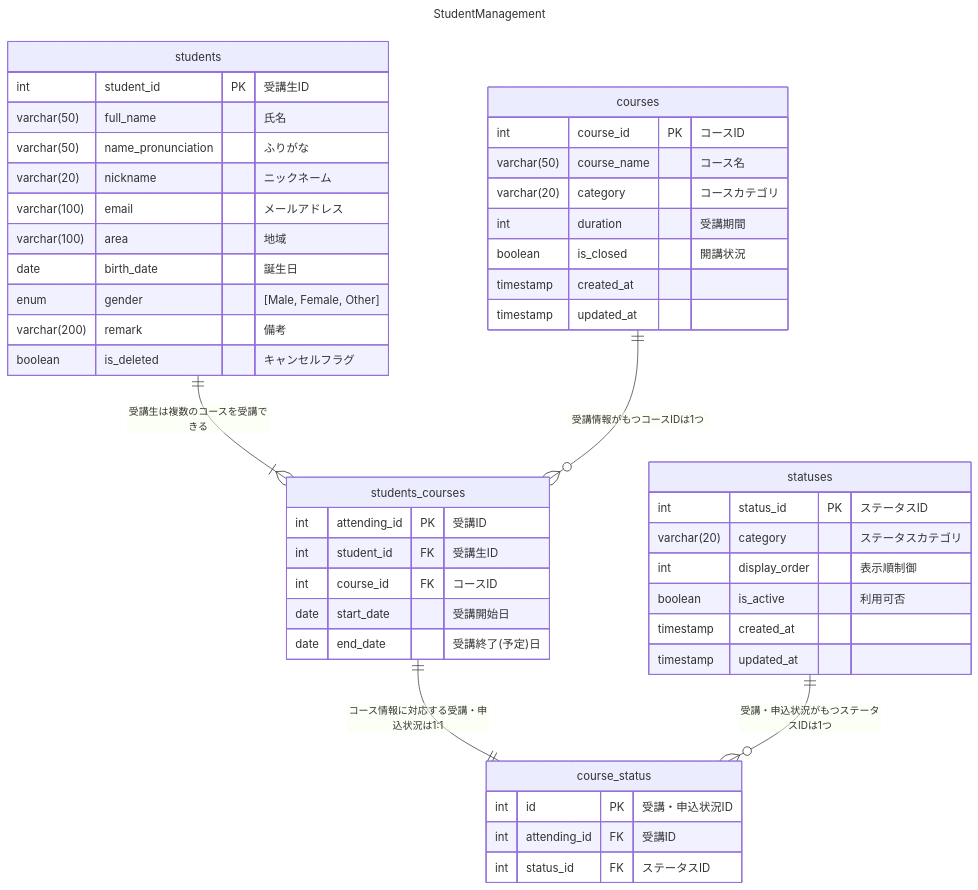
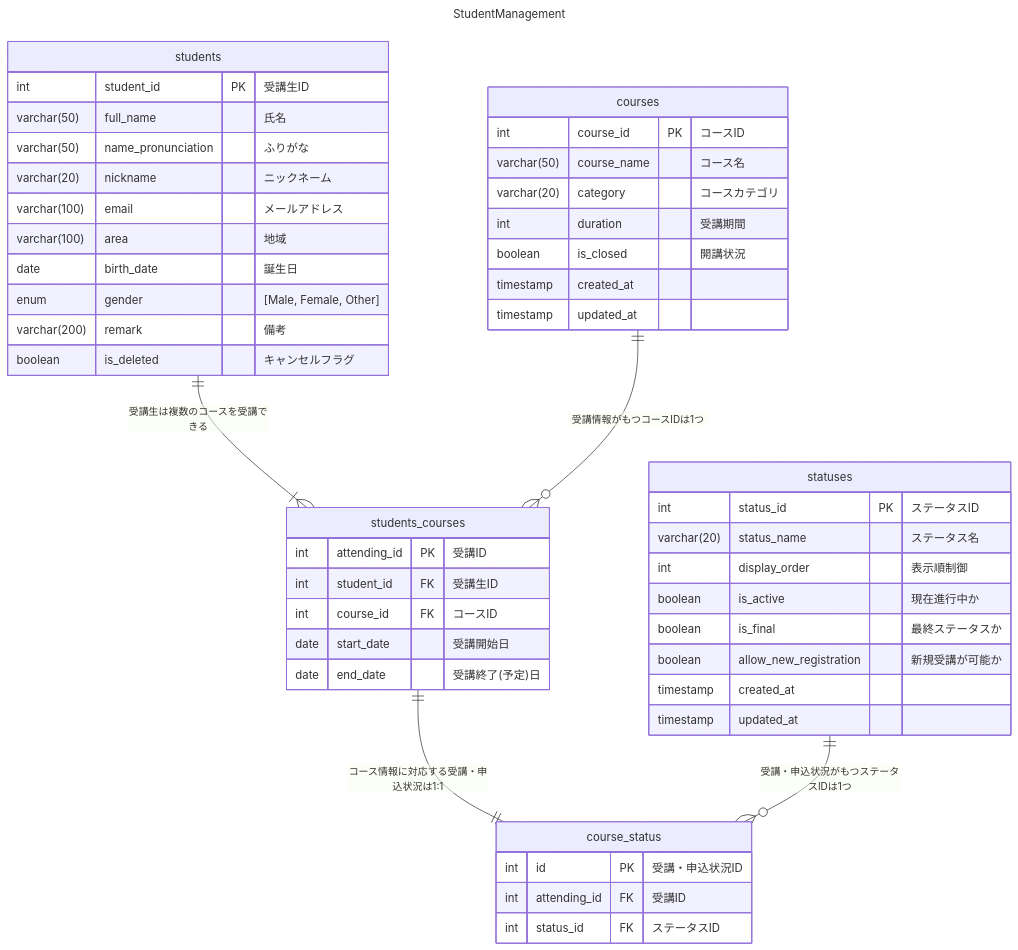
One commit to aym0546/student.management changed the diagram in docs/uml/er_diagram.md. Above: the diagram before and after it, drawn with Mermaid. The commit also changed 9 other files, not shown here.

````diff
--- a/docs/uml/er_diagram.md
+++ b/docs/uml/er_diagram.md
@@ -1,57 +1,59 @@
 ```mermaid
 ---
 title: "StudentManagement"
 ---
 
 erDiagram
     students ||--|{ students_courses: "受講生は複数のコースを受講できる"
     students_courses ||--|| course_status: "コース情報に対応する受講・申込状況は1:1"
     courses ||--o{ students_courses: "受講情報がもつコースIDは1つ"
     statuses ||--o{ course_status: "受講・申込状況がもつステータスIDは1つ"
 
     students {
         int student_id PK "受講生ID"
         varchar(50) full_name "氏名"
         varchar(50) name_pronunciation "ふりがな"
         varchar(20) nickname "ニックネーム"
         varchar(100) email "メールアドレス"
         varchar(100) area "地域"
         date birth_date "誕生日"
         enum gender "[Male, Female, Other]"
         varchar(200) remark "備考"
         boolean is_deleted "キャンセルフラグ"
     }
 
     students_courses {
         int attending_id PK "受講ID"
         int student_id FK "受講生ID"
         int course_id FK "コースID"
         date start_date "受講開始日"
         date end_date "受講終了(予定)日"
     }
 
     courses {
         int course_id PK "コースID"
         varchar(50) course_name "コース名"
         varchar(20) category "コースカテゴリ"
         int duration "受講期間"
         boolean is_closed "開講状況"
         timestamp created_at
         timestamp updated_at
     }
 
     course_status {
         int id PK "受講・申込状況ID"
         int attending_id FK "受講ID"
         int status_id FK "ステータスID"
     }
 
     statuses {
         int status_id PK "ステータスID"
-        varchar(20) category "ステータスカテゴリ"
+        varchar(20) status_name "ステータス名"
         int display_order "表示順制御"
-        boolean is_active "利用可否"
+        boolean is_active "現在進行中か"
+        boolean is_final "最終ステータスか"
+        boolean allow_new_registration "新規受講が可能か"
         timestamp created_at
         timestamp updated_at
     }
 ```
````
